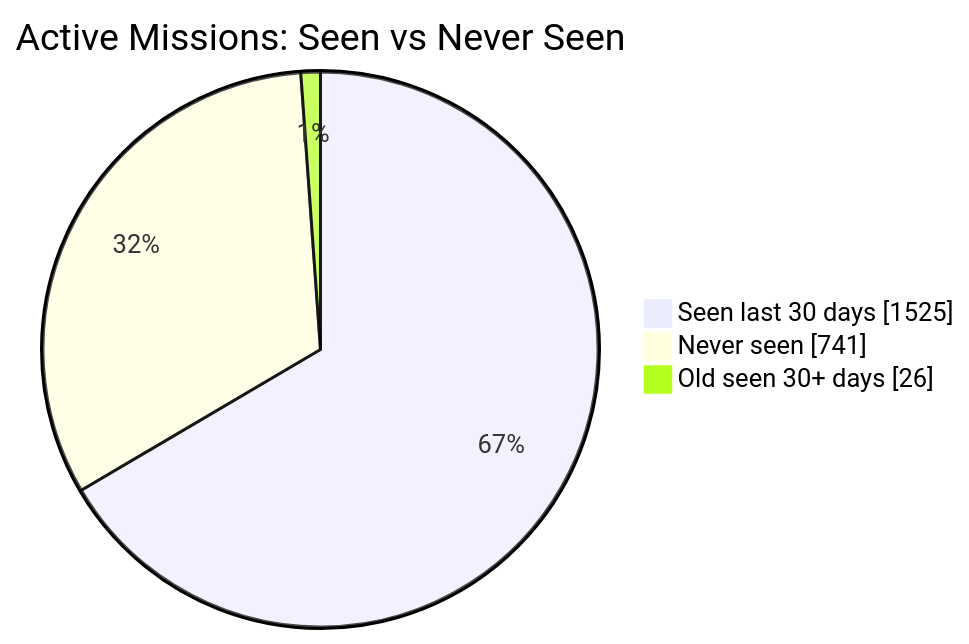
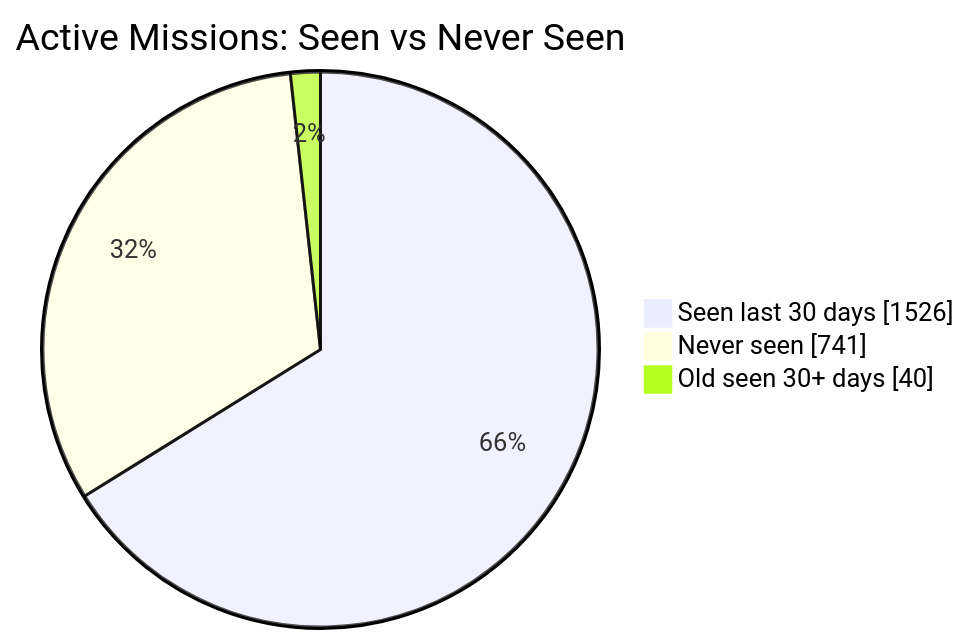
One commit to MeldkamerspelGameTeam/active-missions changed the first of 2 diagrams in README.md. Above: the diagram before and after it, drawn with Mermaid. The commit also changed other lines of this file and 4 other files, not shown here.

````diff
--- a/README.md
+++ b/README.md
@@ -34,7 +34,7 @@
 ```mermaid
 pie showData
     title Active Missions: Seen vs Never Seen
-    "Seen last 30 days" : 1525
+    "Seen last 30 days" : 1526
     "Never seen" : 741
-    "Old seen 30+ days" : 26
+    "Old seen 30+ days" : 40
 ```
````
